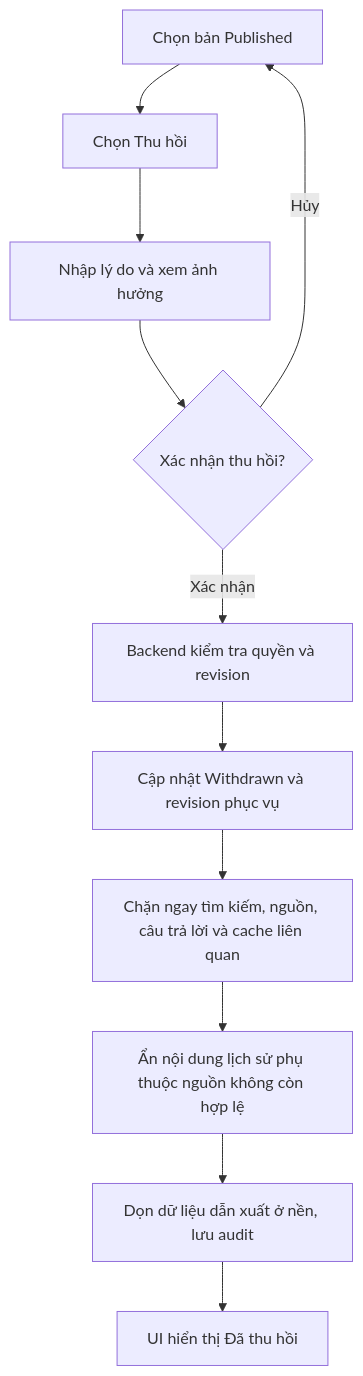
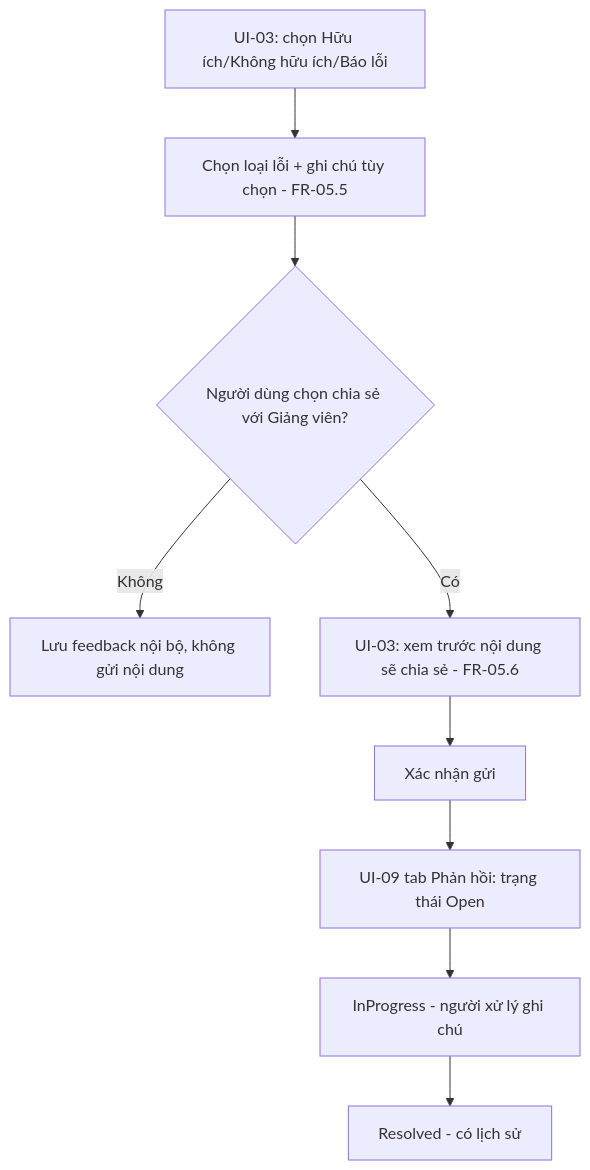
One commit to MinhNhatUet/7grass10wwind changed the seventh of 8 diagrams in docs/documentions/wireframe&UIflow_edu04.md. Above: the diagram before and after it, drawn with Mermaid. The commit also changed other lines of this file and 3 other files, not shown here.

First line of the commit message:
docs: sync wireframe/UI flow, backlog và milestone theo PRD v2.0

````diff
--- a/docs/documentions/wireframe&UIflow_edu04.md
+++ b/docs/documentions/wireframe&UIflow_edu04.md
@@ -438,13 +571,11 @@
 ```mermaid
 flowchart TD
-    A[Chọn bản Published] --> B[Chọn Thu hồi]
-    B --> C[Nhập lý do và xem ảnh hưởng]
-    C --> D{Xác nhận thu hồi?}
-    D -- Hủy --> A
-    D -- Xác nhận --> E[Backend kiểm tra quyền và revision]
-    E --> F[Cập nhật Withdrawn và revision phục vụ]
-    F --> G[Chặn ngay tìm kiếm, nguồn, câu trả lời và cache liên quan]
-    G --> H[Ẩn nội dung lịch sử phụ thuộc nguồn không còn hợp lệ]
-    H --> I[Dọn dữ liệu dẫn xuất ở nền, lưu audit]
-    I --> J[UI hiển thị Đã thu hồi]
+    UI03FB[UI-03: chọn Hữu ích/Không hữu ích/Báo lỗi] --> TYPE[Chọn loại lỗi + ghi chú tùy chọn - FR-05.5]
+    TYPE --> SHARE{Người dùng chọn chia sẻ với Giảng viên?}
+    SHARE -- Không --> SAVE[Lưu feedback nội bộ, không gửi nội dung]
+    SHARE -- Có --> PREVIEW[UI-03: xem trước nội dung sẽ chia sẻ - FR-05.6]
+    PREVIEW --> CONFIRM2[Xác nhận gửi]
+    CONFIRM2 --> UI09FB[UI-09 tab Phản hồi: trạng thái Open]
+    UI09FB --> PROGRESS[InProgress - người xử lý ghi chú]
+    PROGRESS --> RESOLVE[Resolved - có lịch sử]
 ```
````
